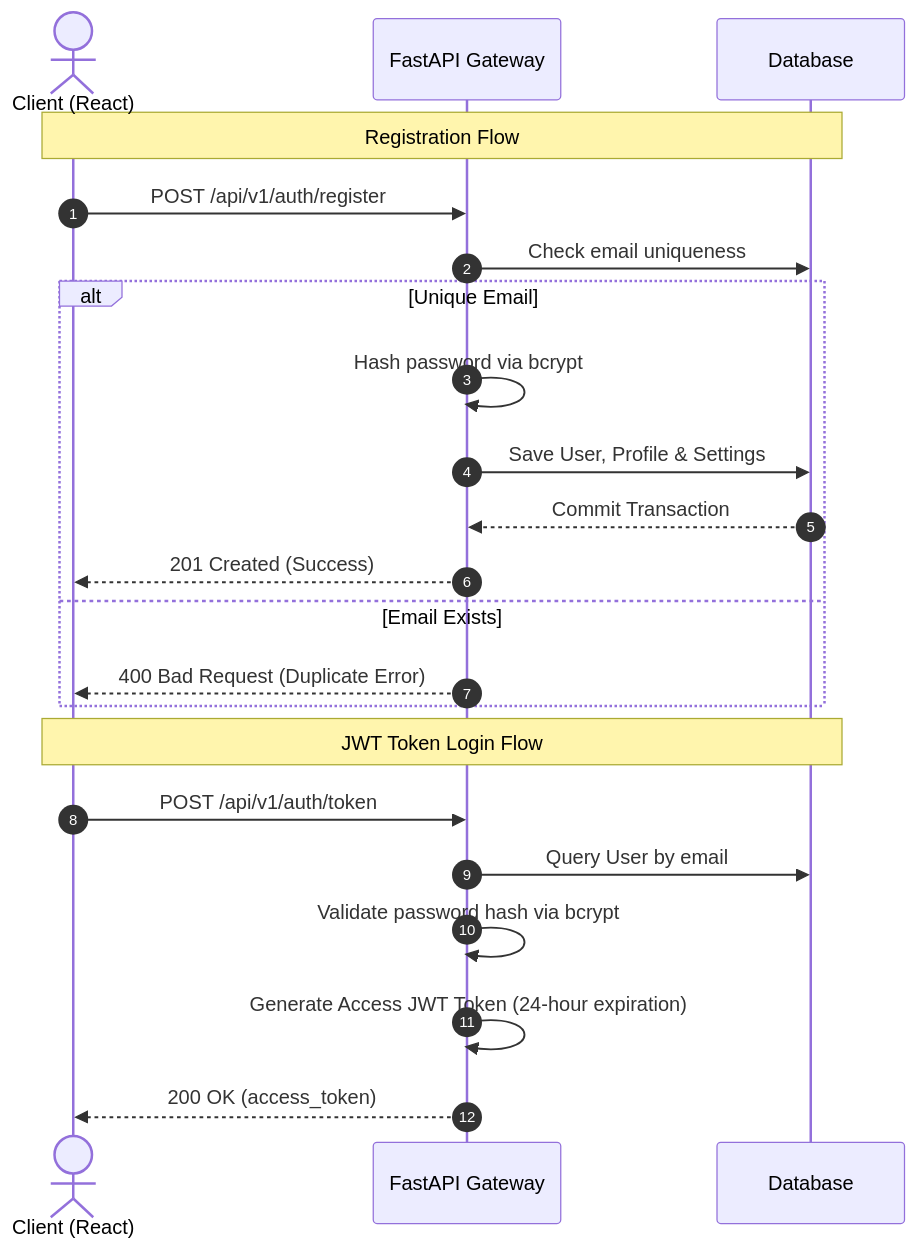
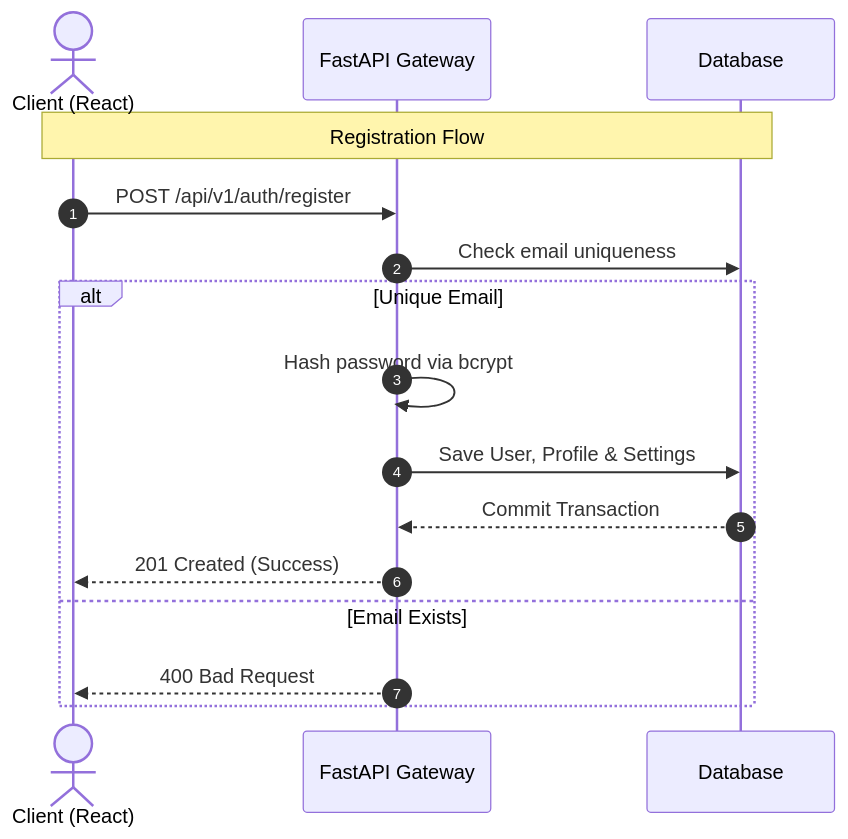
The third of 3 diagrams in README.md (Arvindtechicon/SignLingo-AI), drawn with Mermaid before and after one commit. The commit also changed other lines of this file and 13 other files, not shown here.

````diff
--- a/README.md
+++ b/README.md
@@ -72,26 +70,19 @@
 ```mermaid
 sequenceDiagram
     autonumber
     actor Client as Client (React)
     participant API as FastAPI Gateway
     participant DB as Database
 
     Note over Client, DB: Registration Flow
     Client->>API: POST /api/v1/auth/register
     API->>DB: Check email uniqueness
     alt Unique Email
         API->>API: Hash password via bcrypt
         API->>DB: Save User, Profile & Settings
         DB-->>API: Commit Transaction
         API-->>Client: 201 Created (Success)
     else Email Exists
-        API-->>Client: 400 Bad Request (Duplicate Error)
+        API-->>Client: 400 Bad Request
     end
-
-    Note over Client, DB: JWT Token Login Flow
-    Client->>API: POST /api/v1/auth/token
-    API->>DB: Query User by email
-    API->>API: Validate password hash via bcrypt
-    API->>API: Generate Access JWT Token (24-hour expiration)
-    API-->>Client: 200 OK (access_token)
 ```
````
